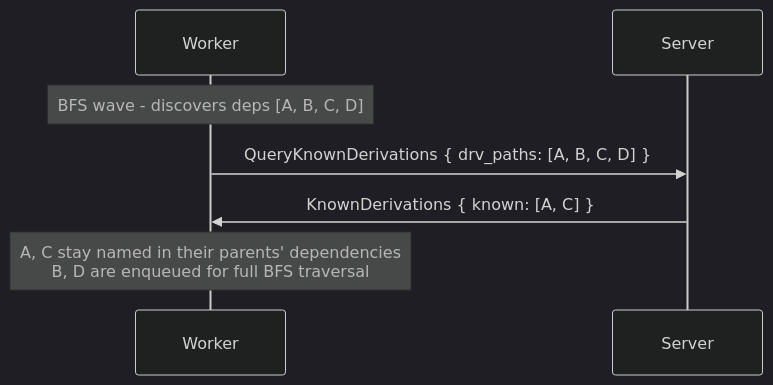
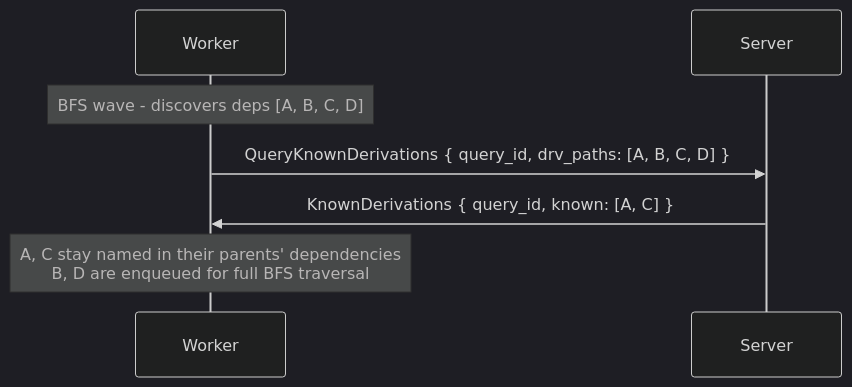
One commit to wavelens/gradient changed diagram 14 of 26 in docs/src/development/proto.md. Above: the diagram before and after it, drawn with Mermaid (dark theme). The commit also changed other lines of this file and 6 other files, not shown here.

First line of the commit message:
worker: perf: pipeline CacheQuery and QueryKnownDerivations chunks

````diff
--- a/docs/src/development/proto.md
+++ b/docs/src/development/proto.md
@@ -757,10 +759,10 @@
 ```mermaid
 sequenceDiagram
     participant W as Worker
     participant S as Server
 
     Note over W: BFS wave - discovers deps [A, B, C, D]
-    W->>S: QueryKnownDerivations { drv_paths: [A, B, C, D] }
-    S->>W: KnownDerivations { known: [A, C] }
+    W->>S: QueryKnownDerivations { query_id, drv_paths: [A, B, C, D] }
+    S->>W: KnownDerivations { query_id, known: [A, C] }
     Note over W: A, C stay named in their parents' dependencies<br/>B, D are enqueued for full BFS traversal
 ```
````
